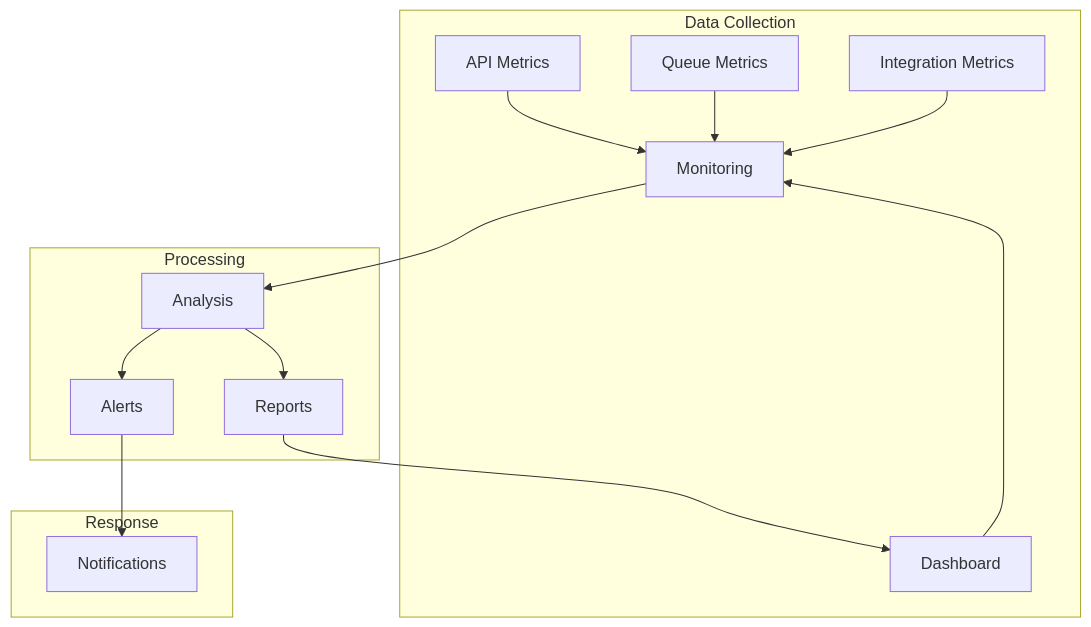
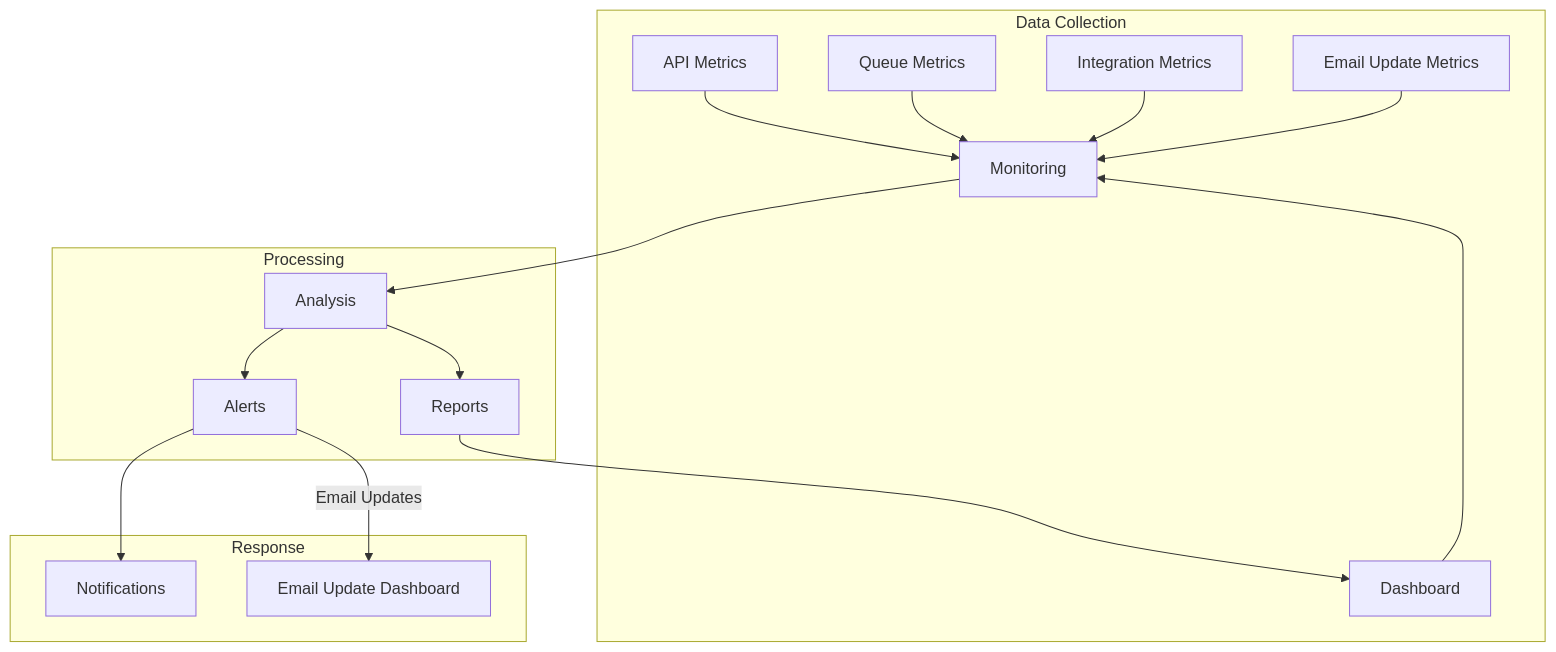
The diagram in docs/diagrams/architecture/monitoring-system.mmd (atEverychance/ProjectCR), drawn with Mermaid before and after one commit. The commit also changed 4 other files, not shown here.

Commit message:
docs: add email update documentation across architecture, API, and monitoring

```diff
--- a/docs/diagrams/architecture/monitoring-system.mmd
+++ b/docs/diagrams/architecture/monitoring-system.mmd
@@ -1,18 +1,20 @@
 graph TD
     subgraph "Data Collection"
         A[API Metrics] --> M[Monitoring]
         Q[Queue Metrics] --> M
         D[DB Metrics] --> M
         I[Integration Metrics] --> M
+        E[Email Update Metrics] --> M
     end
     
     subgraph "Processing"
         M --> AN[Analysis]
         AN --> AL[Alerts]
         AN --> R[Reports]
     end
     
     subgraph "Response"
         AL --> N[Notifications]
         R --> D[Dashboard]
+        AL -->|Email Updates| EU[Email Update Dashboard]
     end
```
